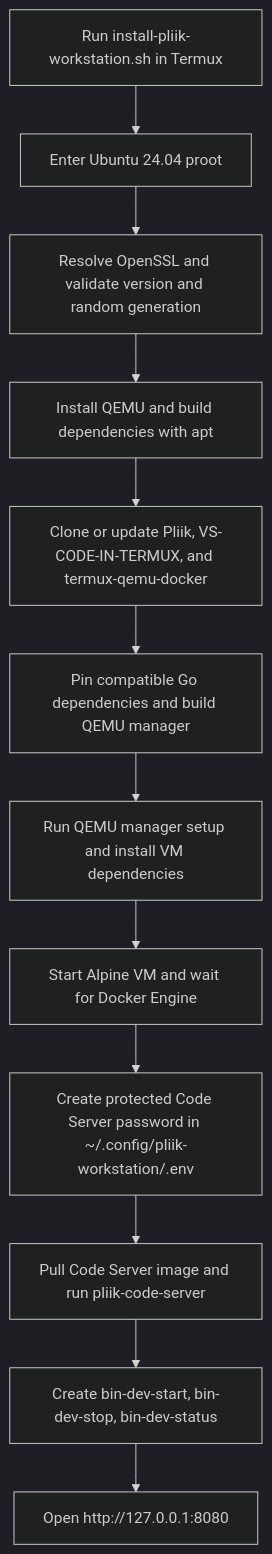
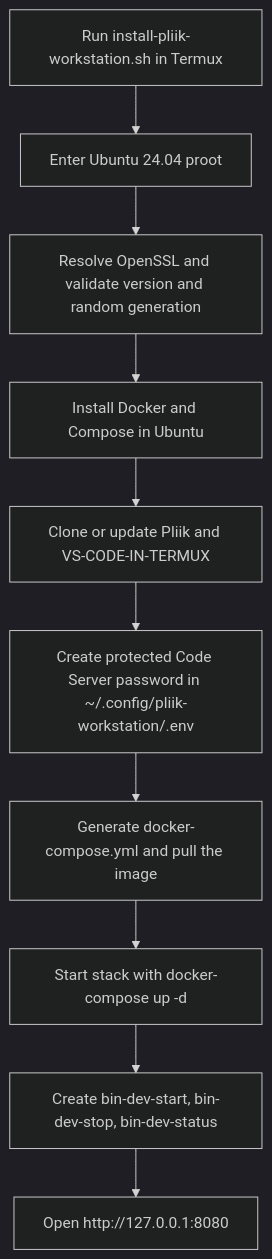
Before and after one commit to mutualendemic/pliik: the second of 2 diagrams in ARCHITECTURE.md, drawn with Mermaid (dark theme). The commit also changed other lines of this file and 2 other files, not shown here.

Commit message:
Switch installer to Docker Compose flow

````diff
--- a/ARCHITECTURE.md
+++ b/ARCHITECTURE.md
@@ -46,17 +45,15 @@
 ```mermaid
 flowchart TD
     Start[Run install-pliik-workstation.sh in Termux]
     Bootstrap[Enter Ubuntu 24.04 proot]
     OpenSSL[Resolve OpenSSL and validate version and random generation]
-    Packages[Install QEMU and build dependencies with apt]
-    Checkout[Clone or update Pliik, VS-CODE-IN-TERMUX, and termux-qemu-docker]
-    Build[Pin compatible Go dependencies and build QEMU manager]
-    Setup[Run QEMU manager setup and install VM dependencies]
-    VM[Start Alpine VM and wait for Docker Engine]
+    Packages[Install Docker and Compose in Ubuntu]
+    Checkout[Clone or update Pliik and VS-CODE-IN-TERMUX]
     Secret[Create protected Code Server password in ~/.config/pliik-workstation/.env]
-    Deploy[Pull Code Server image and run pliik-code-server]
+    Compose[Generate docker-compose.yml and pull the image]
+    Deploy[Start stack with docker-compose up -d]
     Commands[Create bin-dev-start, bin-dev-stop, bin-dev-status]
     Ready[Open http://127.0.0.1:8080]
 
-    Start --> Bootstrap --> OpenSSL --> Packages --> Checkout --> Build --> Setup --> VM --> Secret --> Deploy --> Commands --> Ready
+    Start --> Bootstrap --> OpenSSL --> Packages --> Checkout --> Secret --> Compose --> Deploy --> Commands --> Ready
 ```
````
